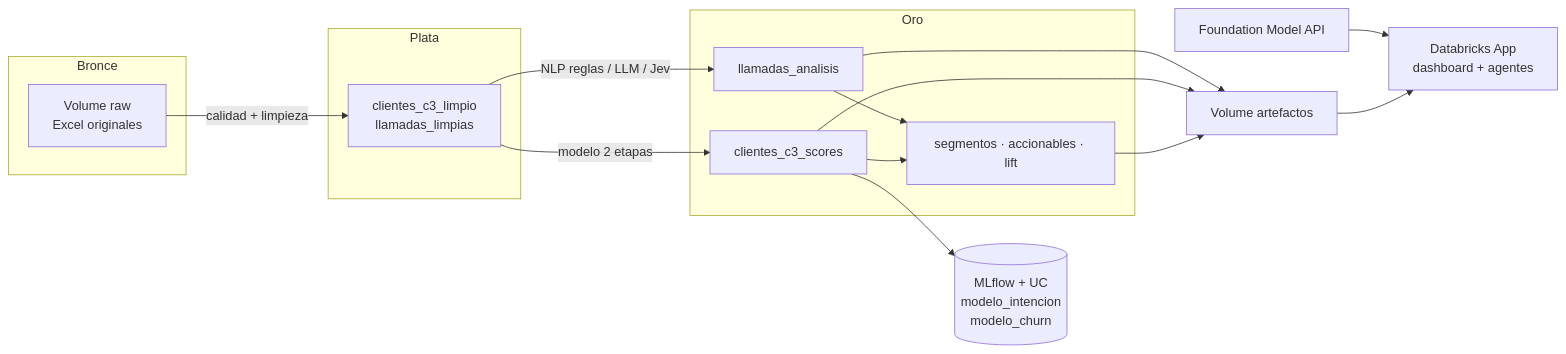
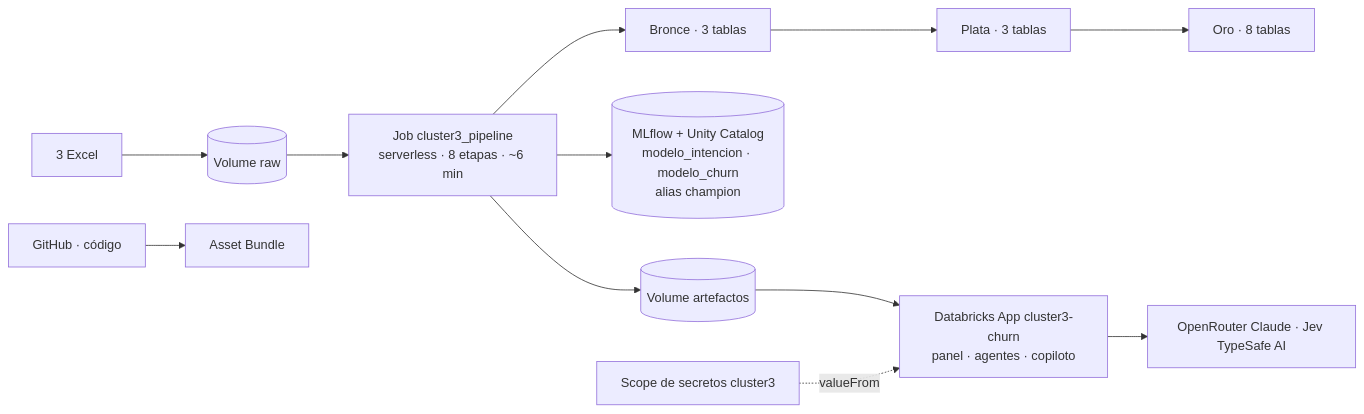
The first of 2 diagrams in docs/06_arquitectura_databricks_llmops.md (SadidRomero77/prueba-claro-cluster-3), drawn with Mermaid before and after one commit. The commit also changed other lines of this file and 3 other files, not shown here.

````diff
--- a/docs/06_arquitectura_databricks_llmops.md
+++ b/docs/06_arquitectura_databricks_llmops.md
@@ -6,25 +11,14 @@
 ```mermaid
 flowchart LR
-  subgraph Bronce
-    R[Volume raw<br/>Excel originales]
-  end
-  subgraph Plata
-    L[clientes_c3_limpio<br/>llamadas_limpias]
-  end
-  subgraph Oro
-    S[clientes_c3_scores]
-    A[llamadas_analisis]
-    K[segmentos · accionables · lift]
-  end
-  R -->|calidad + limpieza| L
-  L -->|modelo 2 etapas| S
-  L -->|NLP reglas / LLM / Jev| A
-  S --> K
-  A --> K
-  S --> M[(MLflow + UC<br/>modelo_intencion<br/>modelo_churn)]
-  K --> V[Volume artefactos]
-  S --> V
-  A --> V
-  V --> APP[Databricks App<br/>dashboard + agentes]
-  FM[Foundation Model API] --> APP
+  X[3 Excel] --> R[(Volume raw)]
+  G[GitHub · código] --> BU[Asset Bundle]
+  R --> J[Job cluster3_pipeline<br/>serverless · 8 etapas · ~6 min]
+  J --> BR[Bronce · 3 tablas]
+  BR --> PL[Plata · 3 tablas]
+  PL --> OR[Oro · 8 tablas]
+  J --> UC[(MLflow + Unity Catalog<br/>modelo_intencion · modelo_churn<br/>alias champion)]
+  J --> VA[(Volume artefactos)]
+  VA --> APP[Databricks App cluster3-churn<br/>panel · agentes · copiloto]
+  SEC[Scope de secretos cluster3] -.valueFrom.-> APP
+  APP --> API[OpenRouter Claude · Jev TypeSafe AI]
 ```
````
